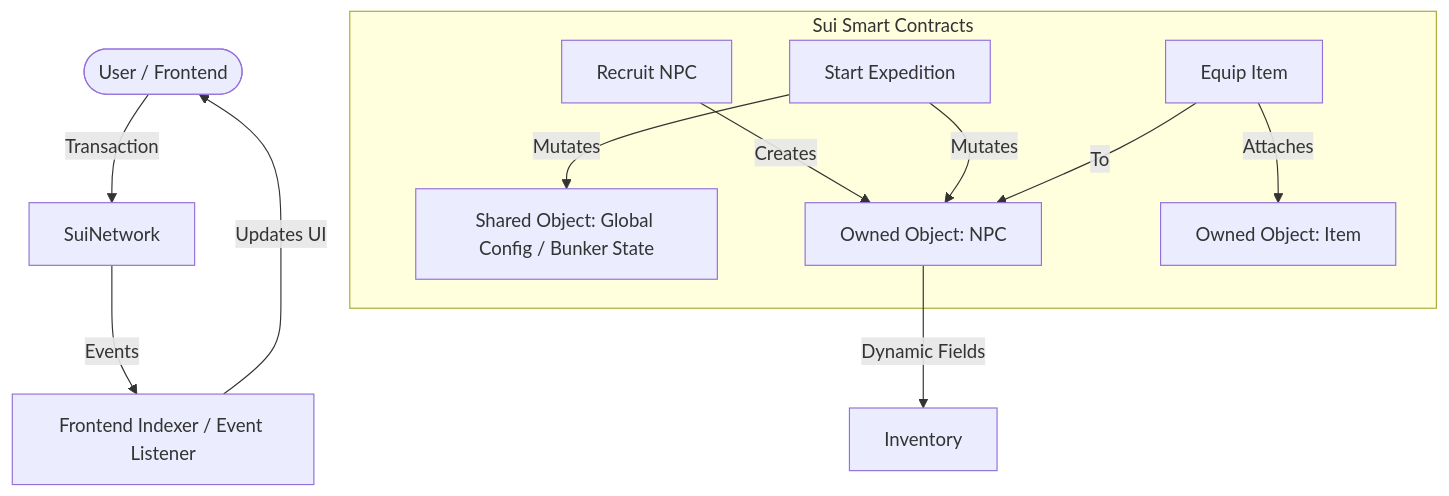
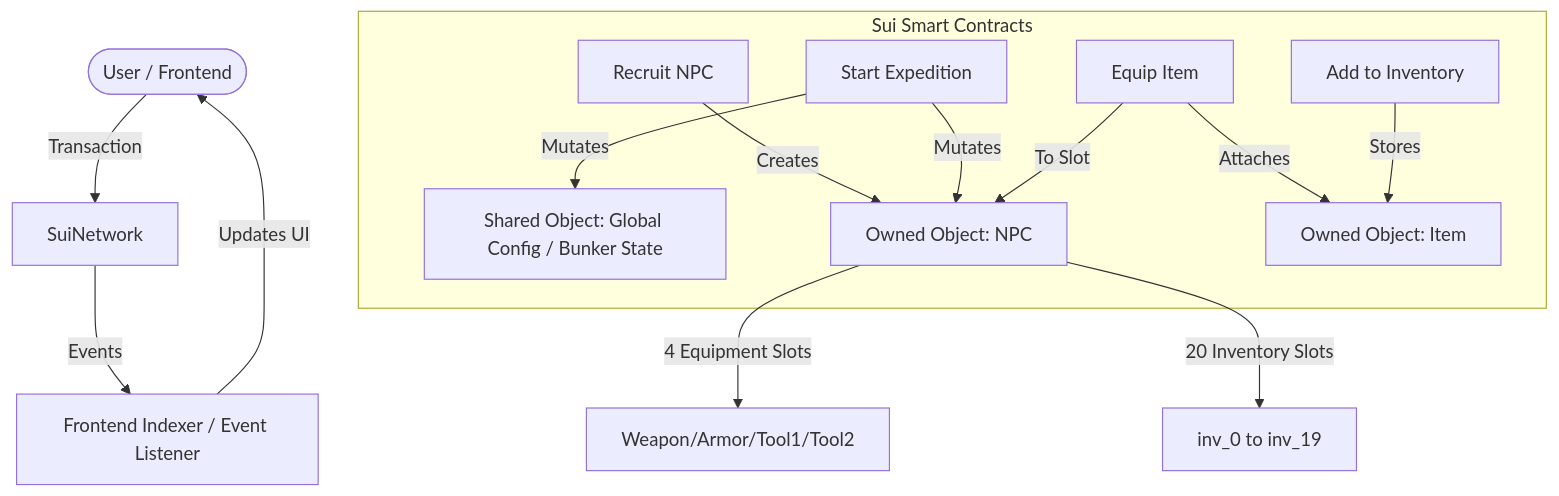
Before and after one commit to Flynn0211/ProjectOutpostThirteen: the diagram in README.md, drawn with Mermaid. The commit also changed other lines of this file and 5 other files, not shown here.

````diff
--- a/README.md
+++ b/README.md
@@ -11,24 +23,27 @@
 ```mermaid
 graph TD
     User([User / Frontend]) -->|Transaction| SuiNetwork
-    
+
     subgraph "Sui Smart Contracts"
         Recruit[Recruit NPC]
         Expedition[Start Expedition]
         Equip[Equip Item]
-        
+        Inventory[Add to Inventory]
+
         BunkerObj[Shared Object: Global Config / Bunker State]
         NPCObj[Owned Object: NPC]
         ItemObj[Owned Object: Item]
-        
+
         Recruit -->|Creates| NPCObj
         Expedition -->|Mutates| NPCObj
         Expedition -->|Mutates| BunkerObj
         Equip -->|Attaches| ItemObj
-        Equip -->|To| NPCObj
+        Equip -->|To Slot| NPCObj
+        Inventory -->|Stores| ItemObj
     end
 
-    NPCObj -->|Dynamic Fields| Inventory[Inventory]
+    NPCObj -->|4 Equipment Slots| EquipSlots[Weapon/Armor/Tool1/Tool2]
+    NPCObj -->|20 Inventory Slots| InvSlots[inv_0 to inv_19]
     SuiNetwork -->|Events| Indexer[Frontend Indexer / Event Listener]
     Indexer -->|Updates UI| User
 ```
````
